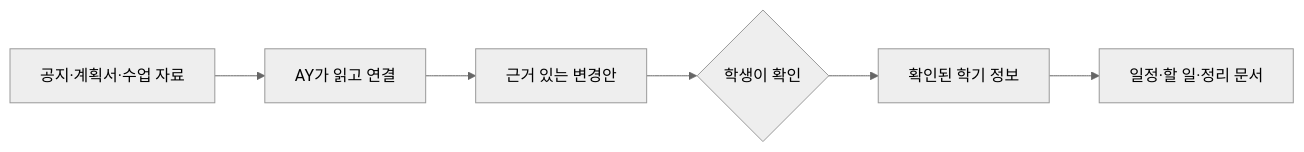
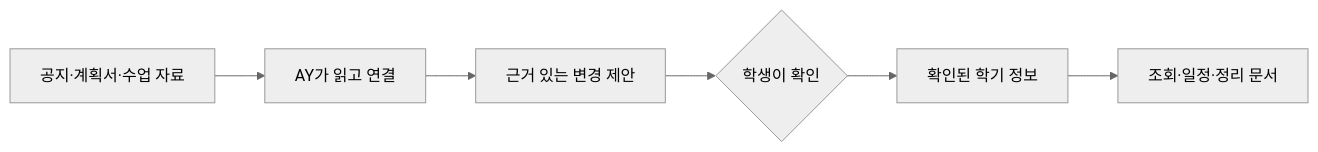
One commit to Mureung1/hub-showcase changed the diagram in docs/product/ay-ple-overview.md. Above: the diagram before and after it, drawn with Mermaid (neutral theme). The commit also changed other lines of this file and 23 other files, not shown here.

````diff
--- a/docs/product/ay-ple-overview.md
+++ b/docs/product/ay-ple-overview.md
@@ -13,8 +15,8 @@
 ```mermaid
 flowchart LR
     A["공지·계획서·수업 자료"] --> B["AY가 읽고 연결"]
-    B --> C["근거 있는 변경안"]
+    B --> C["근거 있는 변경 제안"]
     C --> D{"학생이 확인"}
     D --> E["확인된 학기 정보"]
-    E --> F["일정·할 일·정리 문서"]
+    E --> F["조회·일정·정리 문서"]
 ```
````
